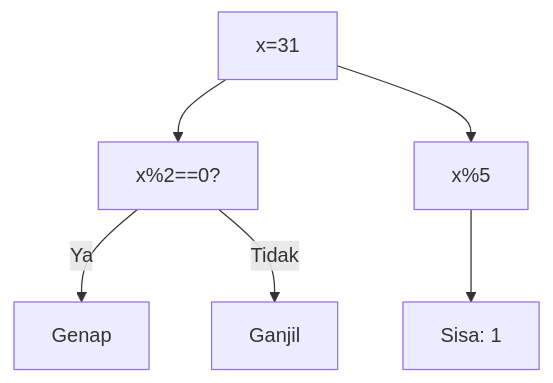
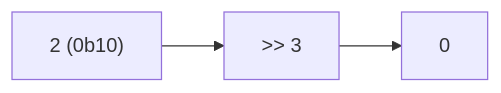
One commit to amnahwaida/OSNK_INF_PREP changed the sixth of 25 diagrams in part-c-pemahaman-cpp/06-bitwise/latihan/set-02.md. Above: the diagram before and after it, drawn with Mermaid. The commit also changed other lines of this file and 71 other files, not shown here.

````diff
--- a/part-c-pemahaman-cpp/06-bitwise/latihan/set-02.md
+++ b/part-c-pemahaman-cpp/06-bitwise/latihan/set-02.md
@@ -177,8 +155,5 @@
 ```mermaid
-graph TD
-A["x=31"] --> B["x%2==0?"]
-B -- Ya --> C["Genap"]
-B -- Tidak --> D["Ganjil"]
-A --> E["x%5"]
-E --> F["Sisa: 1"]
+graph LR
+A["2 (0b10)"] --> B[">> 3"]
+B --> C["0"]
 ```
````
